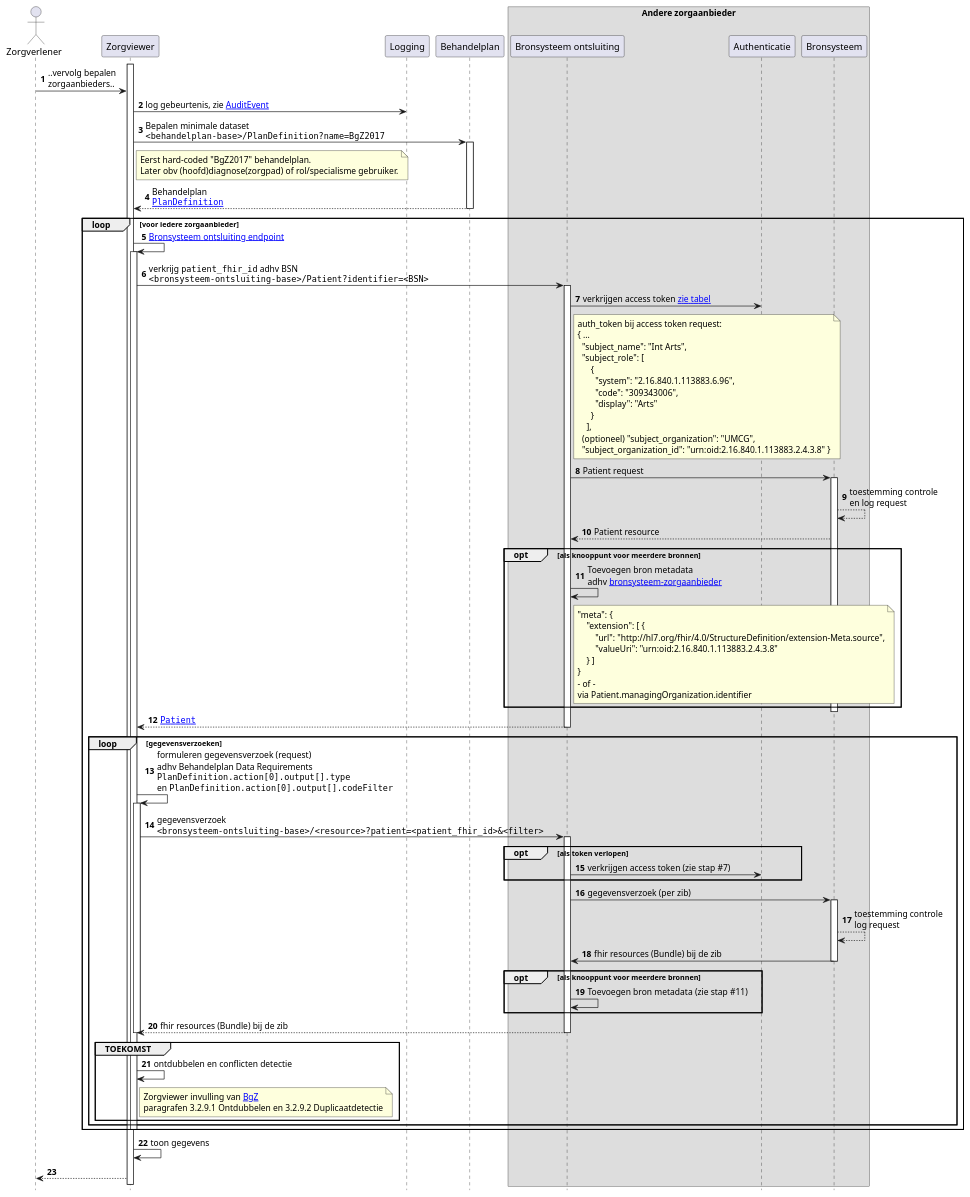
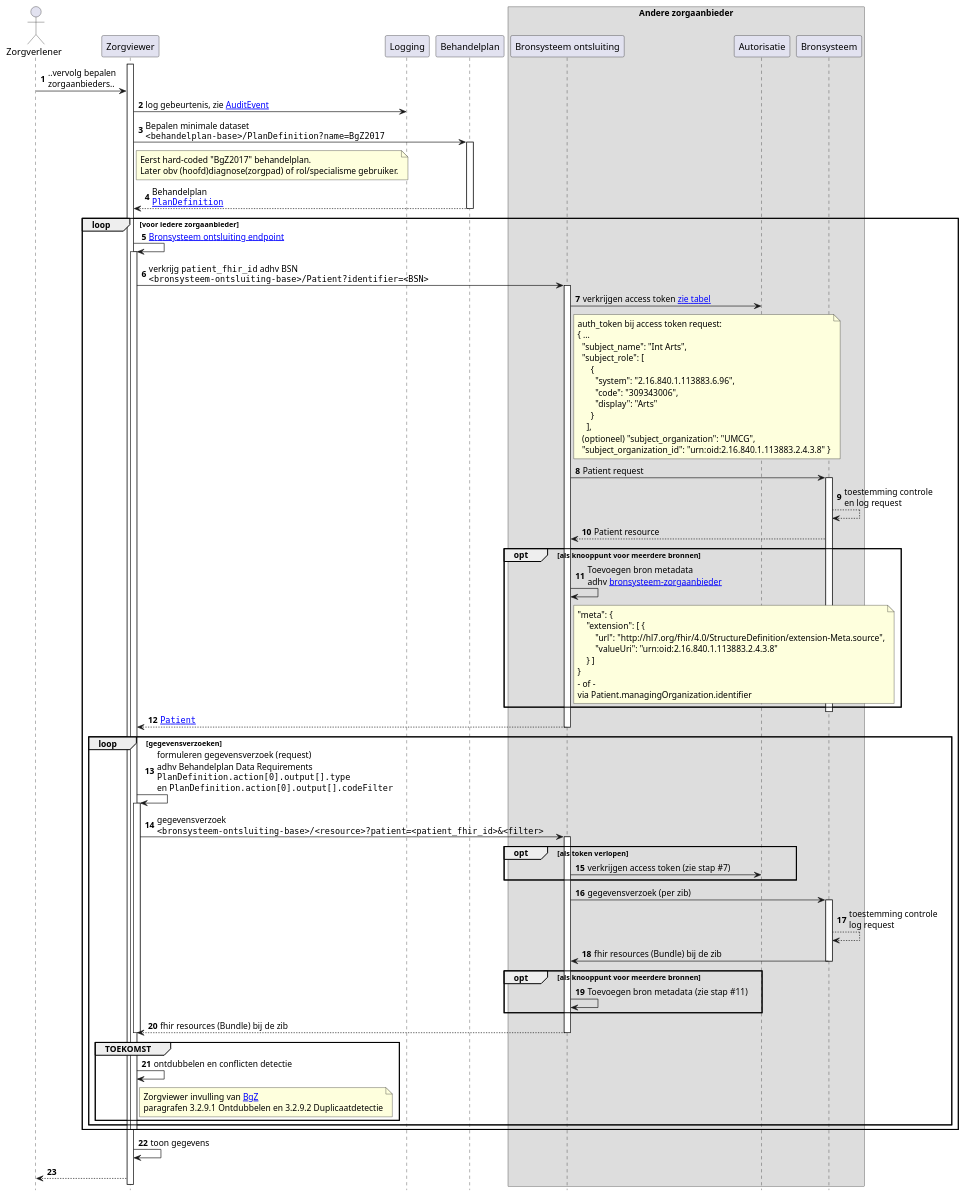
Before and after one commit to RIVO-Noord/zorgviewer-ig: the diagram in input/images-source/Zorgviewer-seq-3.plantuml, drawn with PlantUML. The commit also changed 5 other files, not shown here.

```diff
--- a/input/images-source/Zorgviewer-seq-3.plantuml
+++ b/input/images-source/Zorgviewer-seq-3.plantuml
@@ -1,99 +1,99 @@
 @startuml
 hide footbox
 autonumber
 
 actor Zorgverlener
 participant Zorgviewer
 participant Logging
 participant Behandelplan
 box "Andere zorgaanbieder"
 participant "Bronsysteem ontsluiting" as Bron
-participant Authenticatie
+participant Autorisatie
 participant Bronsysteem
 end box
 
 activate Zorgviewer
 Zorgverlener->Zorgviewer: ..vervolg bepalen\nzorgaanbieders..
 Zorgviewer->Logging: log gebeurtenis, zie [[StructureDefinition-AuditEvent.html AuditEvent]]
 Zorgviewer->Behandelplan: Bepalen minimale dataset\n""<behandelplan-base>/PlanDefinition?name=BgZ2017""
 note right Zorgviewer
   Eerst hard-coded "BgZ2017" behandelplan.
   Later obv (hoofd)diagnose(zorgpad) of rol/specialisme gebruiker.
 end note
 activate Behandelplan
 Behandelplan-->Zorgviewer: Behandelplan\n""[[StructureDefinition-PlanDefinition.html PlanDefinition]]""
 deactivate Behandelplan
 loop voor iedere zorgaanbieder
   Zorgviewer->Zorgviewer: [[Endpoint-UMCG.html Bronsysteem ontsluiting endpoint]]
   activate Zorgviewer
   Zorgviewer->Bron : verkrijg ""patient_fhir_id"" adhv BSN\n""<bronsysteem-ontsluiting-base>/Patient?identifier=<BSN>""
   activate Bron
-  Bron->Authenticatie : verkrijgen access token [[design-authenticatie.html#bevragen-bronsysteem-summary-table zie tabel]]
+  Bron->Autorisatie : verkrijgen access token [[design-autorisatie.html#bevragen-bronsysteem-summary-table zie tabel]]
   note right Bron
     auth_token bij access token request:
     { ...
       "subject_name": "Int Arts",
       "subject_role": [ 
           { 
             "system": "2.16.840.1.113883.6.96", 
             "code": "309343006", 
             "display": "Arts" 
           } 
         ],
       (optioneel) "subject_organization": "UMCG",
       "subject_organization_id": "urn:oid:2.16.840.1.113883.2.4.3.8" }
   end note
   Bron->Bronsysteem : Patient request
   activate Bronsysteem
   Bronsysteem-->Bronsysteem: toestemming controle\nen log request
   Bronsysteem-->Bron : Patient resource
   opt als knooppunt voor meerdere bronnen
     Bron->Bron: Toevoegen bron metadata\nadhv [[ValueSet-bronsysteem-zorgaanbieder.html bronsysteem-zorgaanbieder]]
     note right Bron
 "meta": {
     "extension": [ {
         "url": "http://hl7.org/fhir/4.0/StructureDefinition/extension-Meta.source",
         "valueUri": "urn:oid:2.16.840.1.113883.2.4.3.8"
     } ]
 }
 - of -
 via Patient.managingOrganization.identifier
     end note
   end opt
   deactivate Bronsysteem
   Bron-->Zorgviewer : ""[[StructureDefinition-Patient.html Patient]]""
   deactivate Bron
   loop gegevensverzoeken
     Zorgviewer->Zorgviewer: formuleren gegevensverzoek (request)\nadhv Behandelplan Data Requirements\n""PlanDefinition.action[0].output[].type""\nen ""PlanDefinition.action[0].output[].codeFilter""
     activate Zorgviewer
     Zorgviewer->Bron: gegevensverzoek\n""<bronsysteem-ontsluiting-base>/<resource>?patient=<patient_fhir_id>&<filter>""
     activate Bron
     opt als token verlopen
-      Bron->Authenticatie : verkrijgen access token (zie stap #7)
+      Bron->Autorisatie : verkrijgen access token (zie stap #7)
     end opt
     Bron->Bronsysteem : gegevensverzoek (per zib)
     activate Bronsysteem
     Bronsysteem-->Bronsysteem: toestemming controle\nlog request
     Bronsysteem->Bron: fhir resources (Bundle) bij de zib
     deactivate Bronsysteem
     opt als knooppunt voor meerdere bronnen
       Bron->Bron: Toevoegen bron metadata (zie stap #11)
     end opt
     Bron-->Zorgviewer: fhir resources (Bundle) bij de zib
     deactivate Bron
     deactivate Zorgviewer
     group **TOEKOMST**
       Zorgviewer->Zorgviewer: ontdubbelen en conflicten detectie
       note right of Zorgviewer
         Zorgviewer invulling van [[https://informatiestandaarden.nictiz.nl/wiki/BgZ:V1.0_BgZ_MSZ_Informatiestandaard BgZ]] 
         paragrafen 3.2.9.1 Ontdubbelen en 3.2.9.2 Duplicaatdetectie
       end note
     end group
   end
   deactivate Zorgviewer
 end
 
 Zorgviewer->Zorgviewer: toon gegevens
 Zorgviewer-->Zorgverlener
 
 @enduml
```
